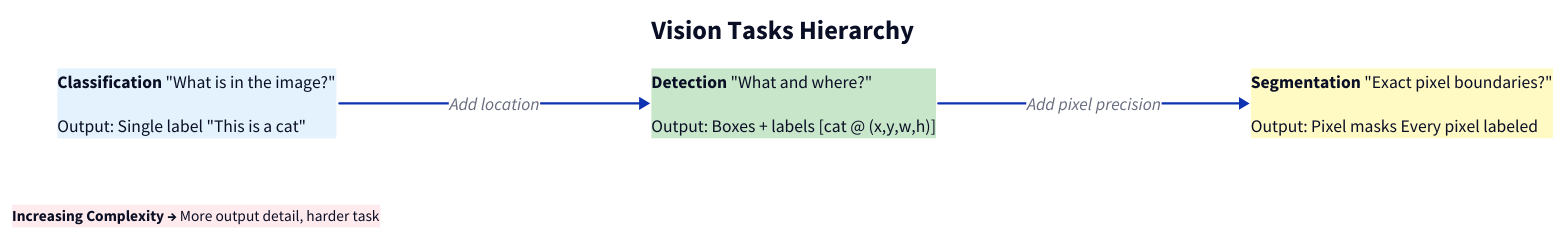
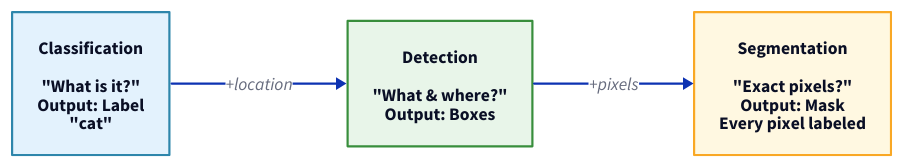
Before and after one commit to nipunbatra/principles-ai-teaching: the diagram in ml-tasks/diagrams/vision_tasks_hierarchy.d2, drawn with D2. The commit also changed 14 other files, not shown here.

First line of the commit message:
Simplify D2 diagrams for ML Recipe, Learning Paradigms, Vision Hierarchy

```diff
--- a/ml-tasks/diagrams/vision_tasks_hierarchy.d2
+++ b/ml-tasks/diagrams/vision_tasks_hierarchy.d2
@@ -1,67 +1,33 @@
-# Vision Tasks Hierarchy
+# Vision Tasks Hierarchy - Simple horizontal flow
 
 direction: right
 
-title: {
-  label: Vision Tasks Hierarchy
-  near: top-center
-  shape: text
-  style.font-size: 24
-  style.bold: true
-}
-
 classification: {
-  label: |md
-    **Classification**
-    "What is in the image?"
-
-    Output: Single label
-    "This is a cat"
-  |
+  label: Classification\n\n"What is it?"\nOutput: Label\n"cat"
   shape: rectangle
   style.fill: "#E3F2FD"
   style.stroke: "#2E86AB"
   style.stroke-width: 2
+  style.font-size: 16
 }
 
 detection: {
-  label: |md
-    **Detection**
-    "What and where?"
-
-    Output: Boxes + labels
-    [cat @ (x,y,w,h)]
-  |
+  label: Detection\n\n"What & where?"\nOutput: Boxes
   shape: rectangle
-  style.fill: "#C8E6C9"
+  style.fill: "#E8F5E9"
   style.stroke: "#388E3C"
   style.stroke-width: 2
+  style.font-size: 16
 }
 
 segmentation: {
-  label: |md
-    **Segmentation**
-    "Exact pixel boundaries?"
-
-    Output: Pixel masks
-    Every pixel labeled
-  |
+  label: Segmentation\n\n"Exact pixels?"\nOutput: Mask\nEvery pixel labeled
   shape: rectangle
-  style.fill: "#FFF9C4"
+  style.fill: "#FFF8E1"
   style.stroke: "#F9A825"
   style.stroke-width: 2
+  style.font-size: 16
 }
 
-classification -> detection: "Add location"
-detection -> segmentation: "Add pixel precision"
-
-complexity: {
-  label: |md
-    **Increasing Complexity →**
-    More output detail, harder task
-  |
-  shape: rectangle
-  style.fill: "#FFEBEE"
-  style.stroke: "#D32F2F"
-  style.font-size: 14
-}
+classification -> detection: +location
+detection -> segmentation: +pixels
```
